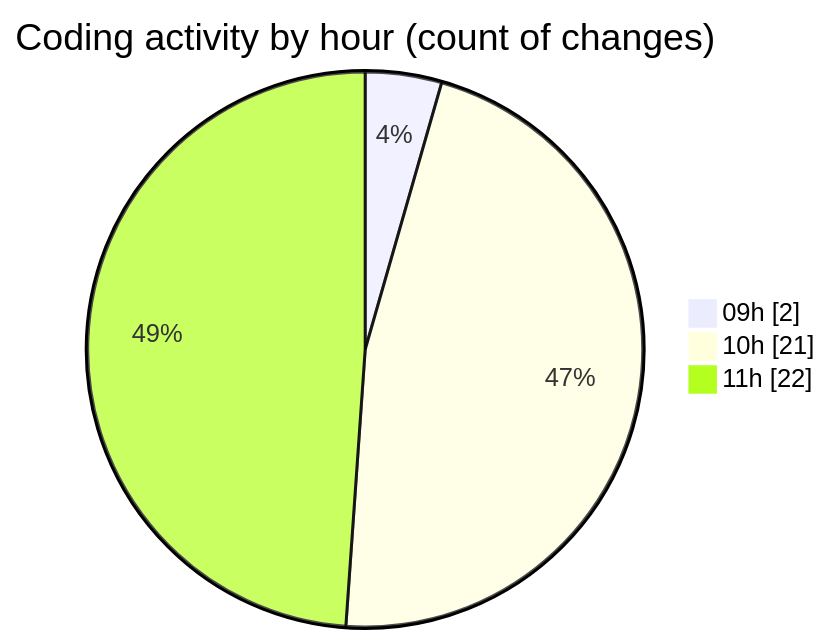
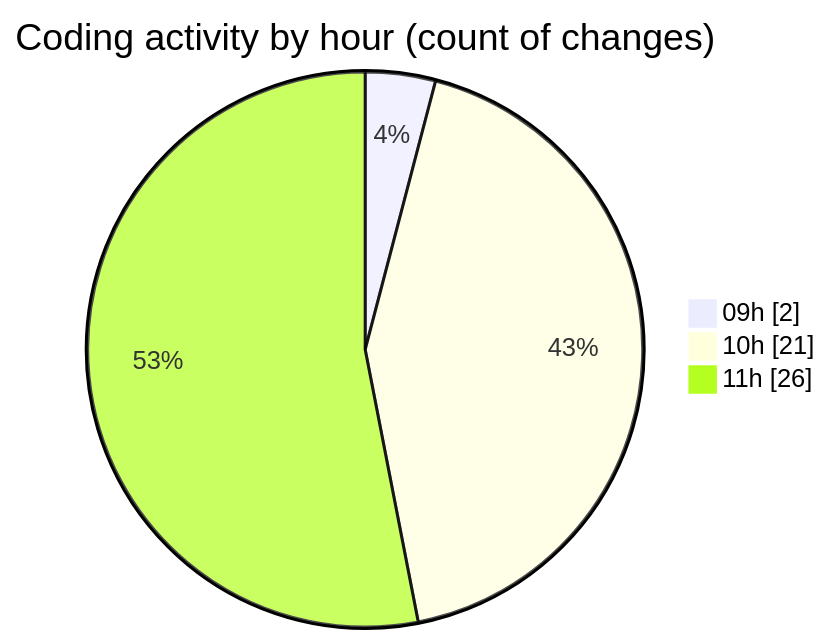
The second of 2 diagrams in 2025-03-27/kml/README.md (LanceThiago/code-tracking), drawn with Mermaid before and after one commit. The commit also changed other lines of this file and 1 other file, not shown here.

````diff
--- a/2025-03-27/kml/README.md
+++ b/2025-03-27/kml/README.md
@@ -40,7 +40,7 @@
 ```mermaid
 pie showData
 title Coding activity by hour (count of changes)
 "09h" : 2
 "10h" : 21
-"11h" : 22
+"11h" : 26
 ```
````
